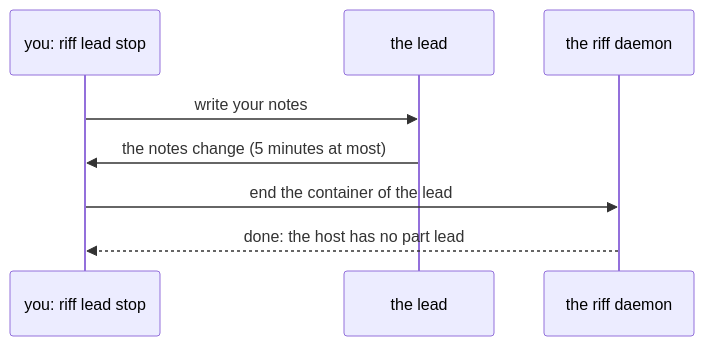
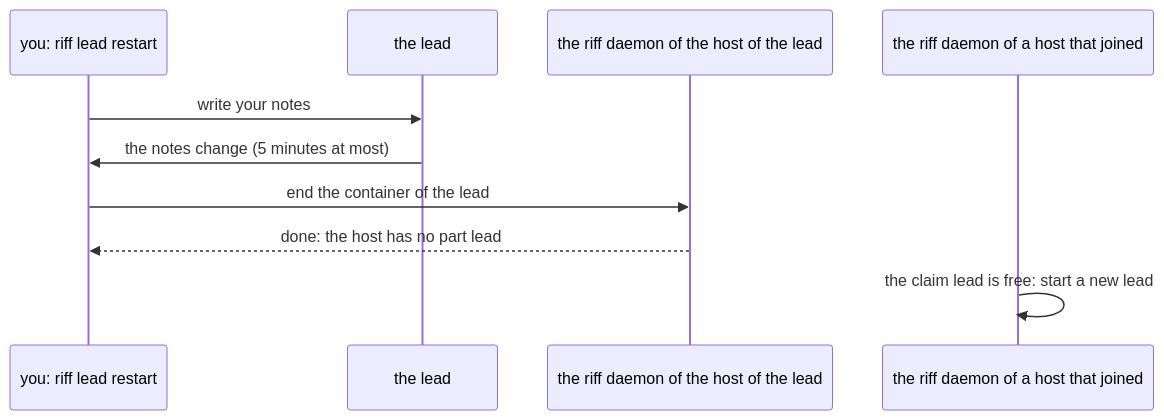
The fourth of 9 diagrams in docs/src/start-a-riff.md (como-technologies/riff), drawn with Mermaid before and after one commit. The commit also changed other lines of this file and 49 other files, not shown here.

First line of the commit message:
riff lead start attaches only, riff lead restart and riff host join --no-lead, and riff who, riff top and the TUI show the lead of each project with its host

````diff
--- a/docs/src/start-a-riff.md
+++ b/docs/src/start-a-riff.md
@@ -509,10 +509,12 @@
 ```mermaid
 sequenceDiagram
-    participant P as you: riff lead stop
+    participant P as you: riff lead restart
     participant L as the lead
-    participant D as the riff daemon
+    participant D as the riff daemon of the host of the lead
+    participant H as the riff daemon of a host that joined
     P->>L: write your notes
     L->>P: the notes change (5 minutes at most)
     P->>D: end the container of the lead
     D-->>P: done: the host has no part lead
+    H->>H: the claim lead is free: start a new lead
 ```
````
